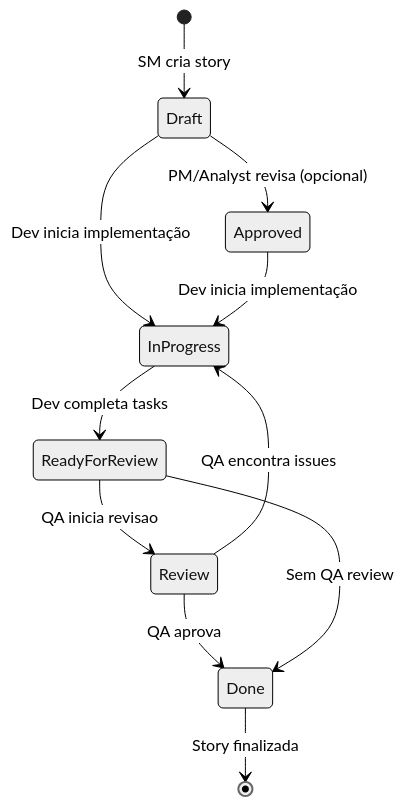
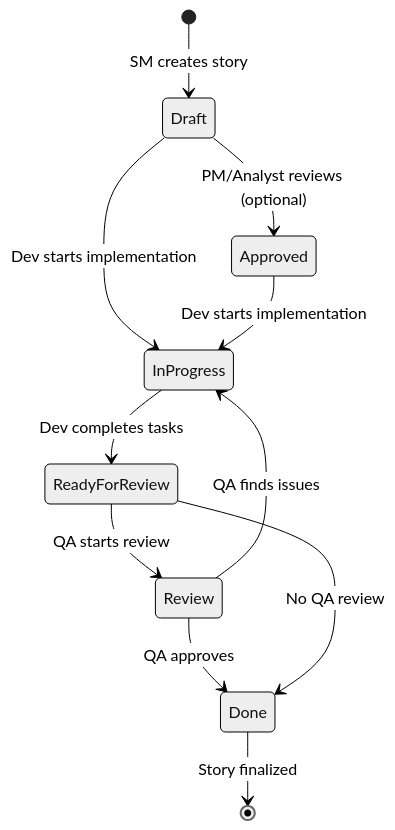
Before and after one commit to CyryxLabs/AEXOS: the third of 7 diagrams in docs/aexos-workflows/brownfield-ui-workflow.md, drawn with Mermaid (neutral theme). The commit also changed other lines of this file and 528 other files, not shown here.

````diff
--- a/docs/aexos-workflows/brownfield-ui-workflow.md
+++ b/docs/aexos-workflows/brownfield-ui-workflow.md
@@ -147,13 +147,13 @@
 ```mermaid
 stateDiagram-v2
-    [*] --> Draft: SM cria story
-    Draft --> Approved: PM/Analyst revisa (opcional)
-    Draft --> InProgress: Dev inicia implementação
-    Approved --> InProgress: Dev inicia implementação
-    InProgress --> ReadyForReview: Dev completa tasks
-    ReadyForReview --> Review: QA inicia revisao
-    Review --> InProgress: QA encontra issues
-    Review --> Done: QA aprova
-    ReadyForReview --> Done: Sem QA review
-    Done --> [*]: Story finalizada
+    [*] --> Draft: SM creates story
+    Draft --> Approved: PM/Analyst reviews (optional)
+    Draft --> InProgress: Dev starts implementation
+    Approved --> InProgress: Dev starts implementation
+    InProgress --> ReadyForReview: Dev completes tasks
+    ReadyForReview --> Review: QA starts review
+    Review --> InProgress: QA finds issues
+    Review --> Done: QA approves
+    ReadyForReview --> Done: No QA review
+    Done --> [*]: Story finalized
 ```
````
